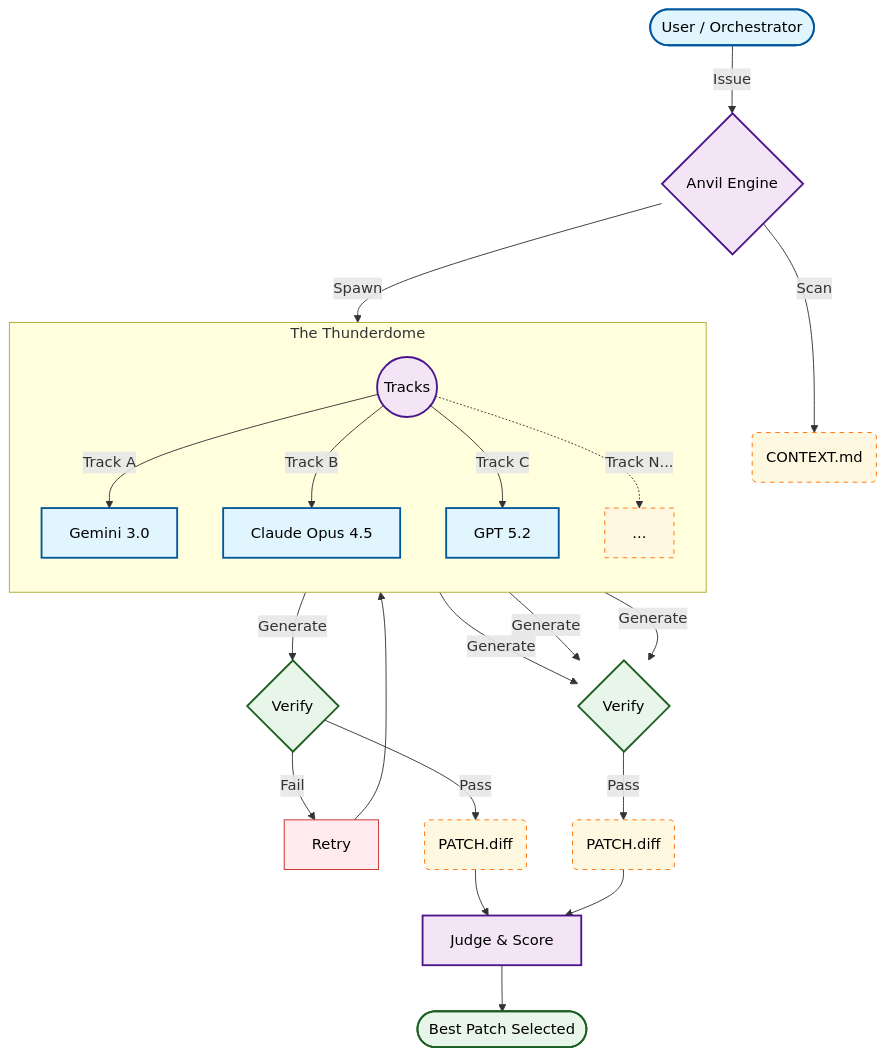
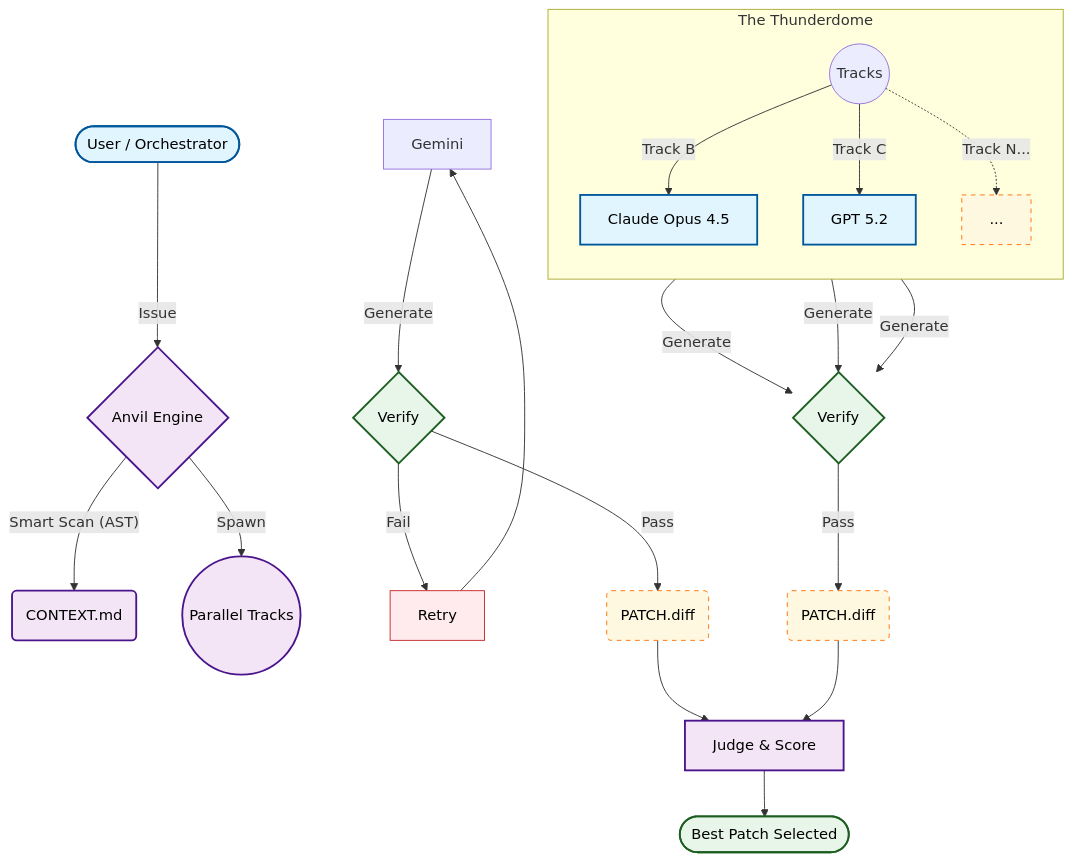
The diagram in README.md (grahama1970/anvil), drawn with Mermaid before and after one commit.

Commit message:
docs: use 'Smart Scan (AST)' label in diagram

````diff
--- a/README.md
+++ b/README.md
@@ -50,45 +50,44 @@
 ```mermaid
 flowchart TD
     %% Nodes
     User(["User / Orchestrator"])
     Anvil{"Anvil Engine"}
     Context("CONTEXT.md")
     Judge["Judge & Score"]
     Winner(["Best Patch Selected"])
     Dispatcher(("Tracks"))
 
     %% Styles
     classDef actor fill:#e1f5fe,stroke:#01579b,stroke-width:2px,color:#000
     classDef process fill:#f3e5f5,stroke:#4a148c,stroke-width:2px,color:#000
     classDef file fill:#fff8e1,stroke:#ff6f00,stroke-width:1px,stroke-dasharray: 5 5,color:#000
     classDef decision fill:#e8f5e9,stroke:#1b5e20,stroke-width:2px,color:#000
     classDef fail fill:#ffebee,stroke:#c62828,stroke-width:1px,color:#000
 
     %% Main Flow
     User:::actor -->|"Issue"| Anvil:::process
-    Anvil -->|"Scan"| Context:::file
-    Anvil -->|"Spawn"| Dispatcher:::process
+    Anvil -->|"Smart Scan (AST)"| Context("CONTEXT.md"):::process
+    Anvil -->|"Spawn"| Tracks(("Parallel Tracks")):::process
 
     subgraph Worktrees ["The Thunderdome"]
         direction TB
         style Worktrees text-align:left
-        Dispatcher -->|"Track A"| Gemini["Gemini 3.0"]:::actor
         Dispatcher -->|"Track B"| Claude["Claude Opus 4.5"]:::actor
         Dispatcher -->|"Track C"| GPT["GPT 5.2"]:::actor
         Dispatcher -.->|"Track N..."| More["..."]:::file
     end
 
     %% Track A Cycle
     Gemini -->|"Generate"| VerifyG{"Verify"}:::decision
     VerifyG -->|"Fail"| RetryG["Retry"]:::fail
     RetryG --> Gemini
     VerifyG -->|"Pass"| PatchG("PATCH.diff"):::file
 
     %% Track B Cycle
     Claude & GPT & More -->|"Generate"| VerifyC{"Verify"}:::decision
     VerifyC -->|"Pass"| PatchC("PATCH.diff"):::file
 
     %% Merging
     PatchG & PatchC --> Judge:::process
     Judge --> Winner:::decision
 ```
````
